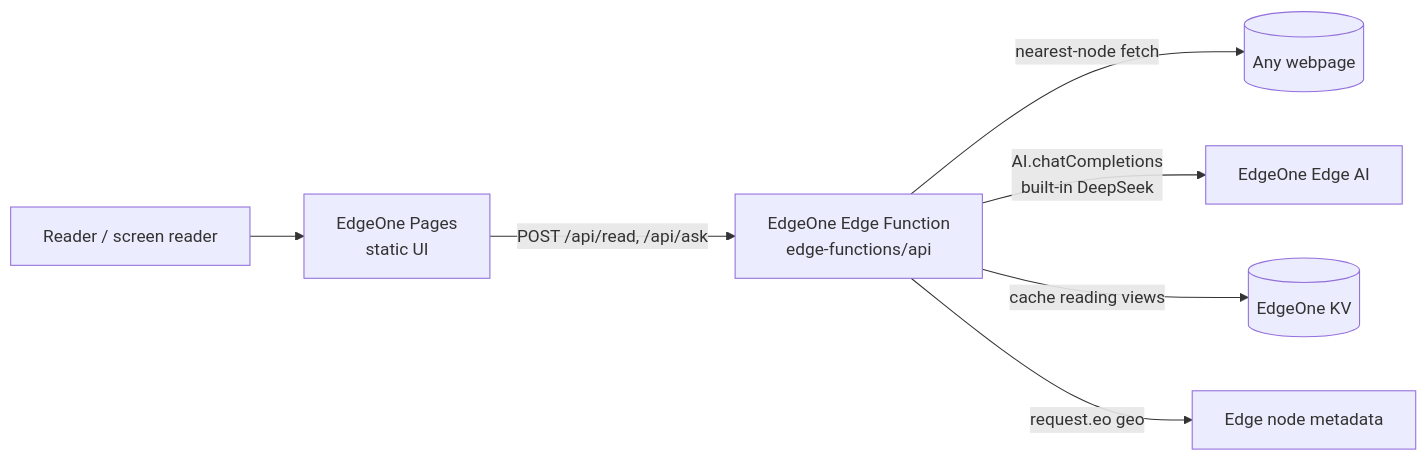
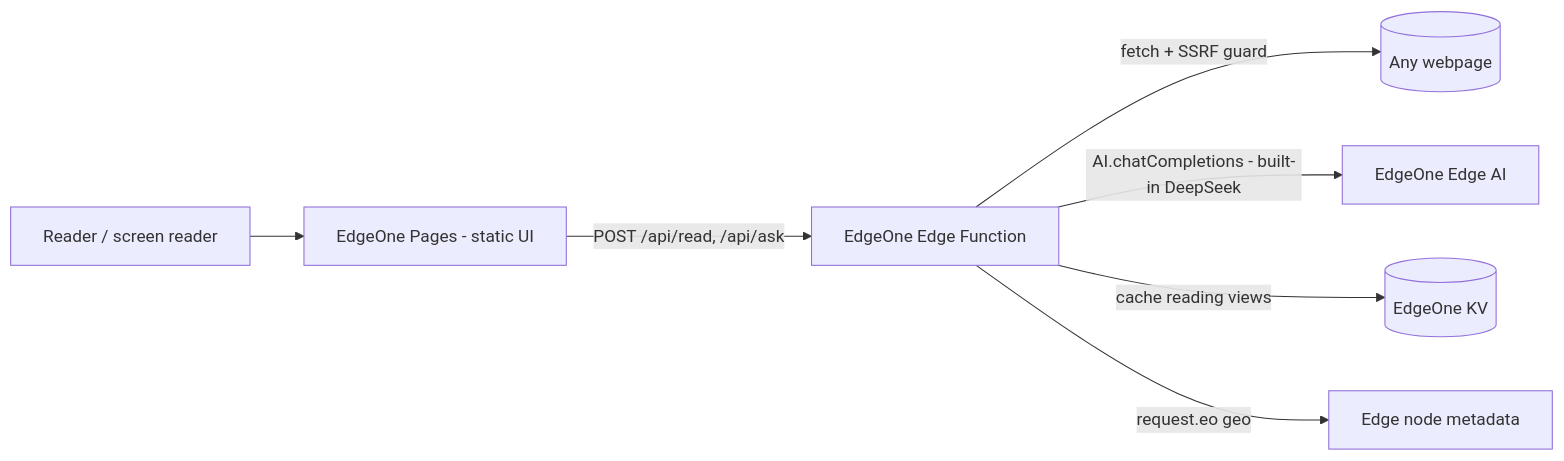
One commit to PranavAchar01/lumen changed the diagram in README.md. Above: the diagram before and after it, drawn with Mermaid. The commit also changed other lines of this file and 5 other files, not shown here.

````diff
--- a/README.md
+++ b/README.md
@@ -26,9 +26,9 @@
 ```mermaid
 flowchart LR
-    U[Reader / screen reader] --> P[EdgeOne Pages\nstatic UI]
-    P -->|POST /api/read, /api/ask| F[EdgeOne Edge Function\nedge-functions/api]
-    F -->|nearest-node fetch| W[(Any webpage)]
-    F -->|AI.chatCompletions\nbuilt-in DeepSeek| M[EdgeOne Edge AI]
+    U[Reader / screen reader] --> P[EdgeOne Pages - static UI]
+    P -->|POST /api/read, /api/ask| F[EdgeOne Edge Function]
+    F -->|fetch + SSRF guard| W[(Any webpage)]
+    F -->|AI.chatCompletions - built-in DeepSeek| M[EdgeOne Edge AI]
     F -->|cache reading views| K[(EdgeOne KV)]
     F -->|request.eo geo| G[Edge node metadata]
 ```
````
